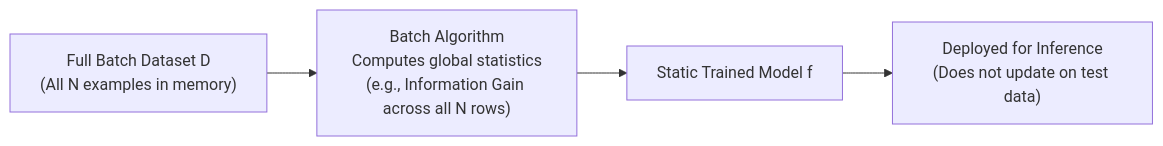
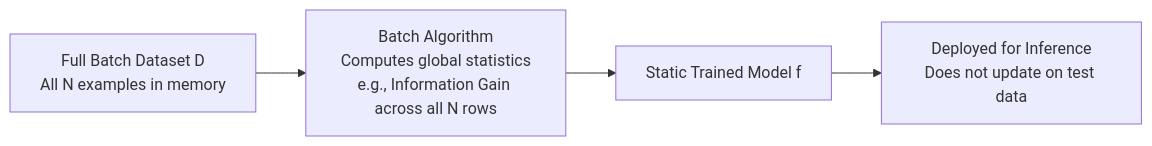
The fifth of 6 diagrams in ML-Basic/Limits-of-Learning-2.md (Tikam321/MachineLearning), drawn with Mermaid before and after one commit. The commit also changed other lines of this file, not shown here.

````diff
--- a/ML-Basic/Limits-of-Learning-2.md
+++ b/ML-Basic/Limits-of-Learning-2.md
@@ -211,6 +215,6 @@
 ```mermaid
 flowchart LR
-    D["Full Batch Dataset D<br>(All N examples in memory)"] --> BatchAlg["Batch Algorithm<br>Computes global statistics<br>(e.g., Information Gain across all N rows)"]
+    D["Full Batch Dataset D<br/>All N examples in memory"] --> BatchAlg["Batch Algorithm<br/>Computes global statistics<br/>e.g., Information Gain across all N rows"]
     BatchAlg --> Model["Static Trained Model f"]
-    Model --> Deploy["Deployed for Inference<br>(Does not update on test data)"]
+    Model --> Deploy["Deployed for Inference<br/>Does not update on test data"]
 ```
````
